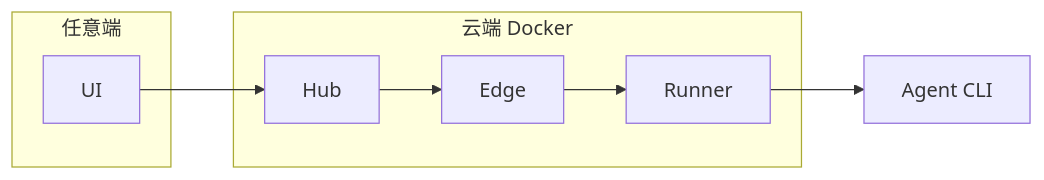
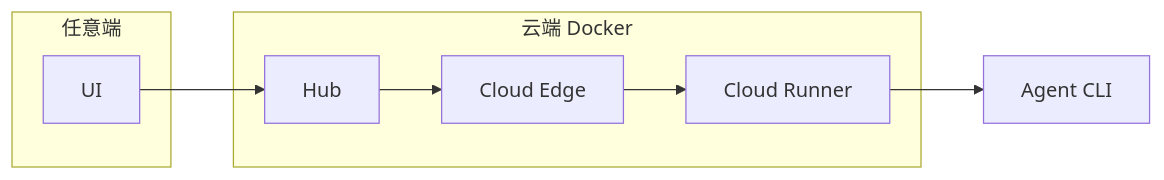
The eighth of 10 diagrams in docs/architecture.md (TokenDanceLab/AgentHub), drawn with Mermaid before and after one commit. The commit also changed other lines of this file and 31 other files, not shown here.

````diff
--- a/docs/architecture.md
+++ b/docs/architecture.md
@@ -177,19 +177,19 @@
 ```mermaid
 graph LR
     subgraph Client["任意端"]
         UI["UI"]
     end
 
     subgraph Cloud["云端 Docker"]
         Hub["Hub"]
-        Edge["Edge"]
-        Runner["Runner"]
+        Edge["Cloud Edge"]
+        Runner["Cloud Runner"]
     end
 
     Agent["Agent CLI"]
 
     UI --> Hub
     Hub --> Edge
     Edge --> Runner
     Runner --> Agent
 ```
````
